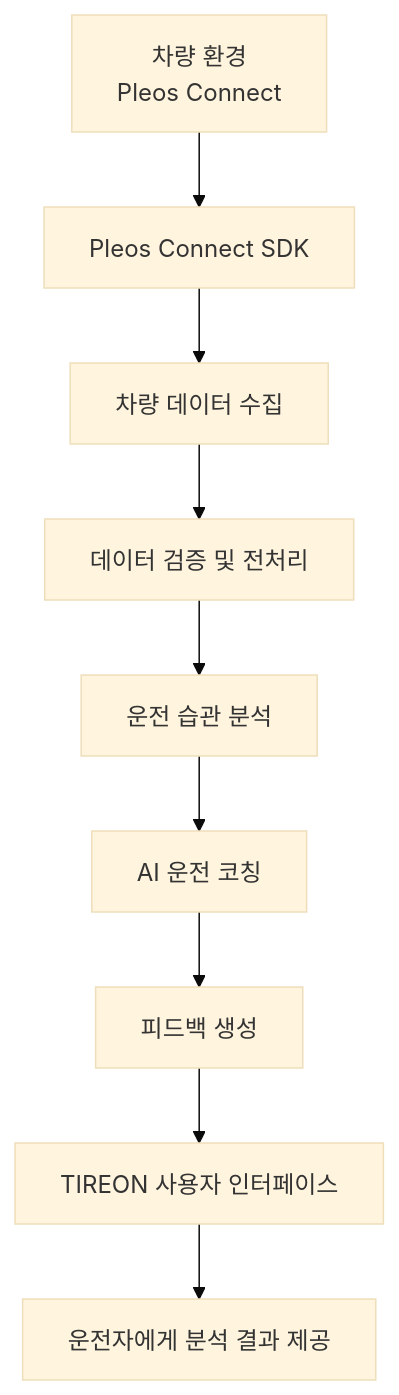
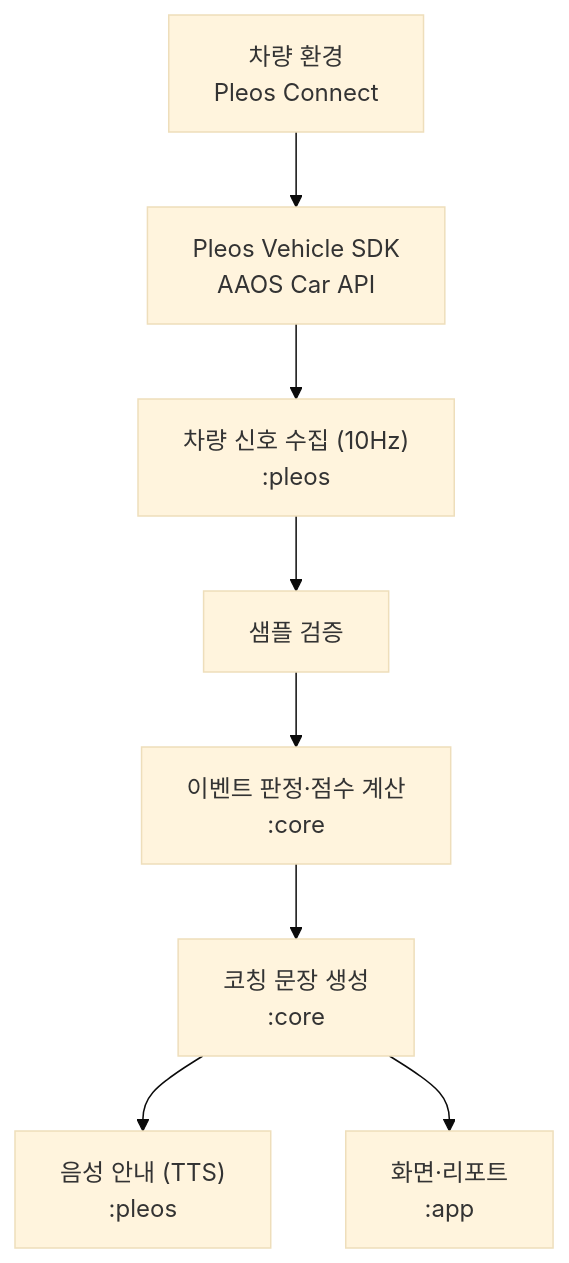
Before and after one commit to TIREON1/TIREON: the diagram in README.md, drawn with Mermaid (base theme). The commit also changed other lines of this file and 1 other file, not shown here.

````diff
--- a/README.md
+++ b/README.md
@@ -157,11 +161,10 @@
 ```mermaid
 flowchart TD
-    A["차량 환경<br/>Pleos Connect"] --> B["Pleos Connect SDK"]
-    B --> C["차량 데이터 수집"]
-    C --> D["데이터 검증 및 전처리"]
-    D --> E["운전 습관 분석"]
-    E --> F["AI 운전 코칭"]
-    F --> G["피드백 생성"]
-    G --> H["TIREON 사용자 인터페이스"]
-    H --> I["운전자에게 분석 결과 제공"]
+    A["차량 환경<br/>Pleos Connect"] --> B["Pleos Vehicle SDK<br/>AAOS Car API"]
+    B --> C["차량 신호 수집 (10Hz)<br/>:pleos"]
+    C --> D["샘플 검증"]
+    D --> E["이벤트 판정·점수 계산<br/>:core"]
+    E --> F["코칭 문장 생성<br/>:core"]
+    F --> G["음성 안내 (TTS)<br/>:pleos"]
+    F --> H["화면·리포트<br/>:app"]
 ```
````
